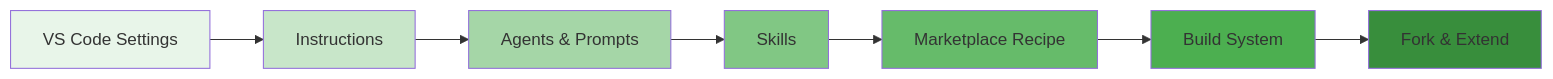
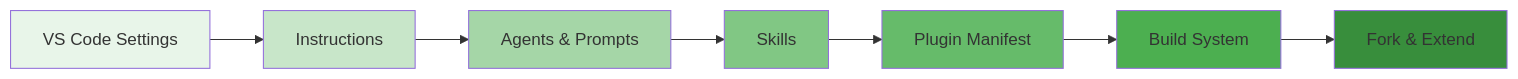
Before and after one commit to MohammedAlkindi/hve-core: the diagram in docs/customization/README.md, drawn with Mermaid. The commit also changed other lines of this file and 142 other files, not shown here.

````diff
--- a/docs/customization/README.md
+++ b/docs/customization/README.md
@@ -39,17 +39,17 @@
 ```mermaid
 graph LR
     A["VS Code Settings"] --> B["Instructions"]
     B --> C["Agents & Prompts"]
     C --> D["Skills"]
-    D --> E["Marketplace Recipe"]
+    D --> E["Plugin Manifest"]
     E --> F["Build System"]
     F --> G["Fork & Extend"]
 
     style A fill:#e8f5e9
     style B fill:#c8e6c9
     style C fill:#a5d6a7
     style D fill:#81c784
     style E fill:#66bb6a
     style F fill:#4caf50
     style G fill:#388e3c
 ```
````
